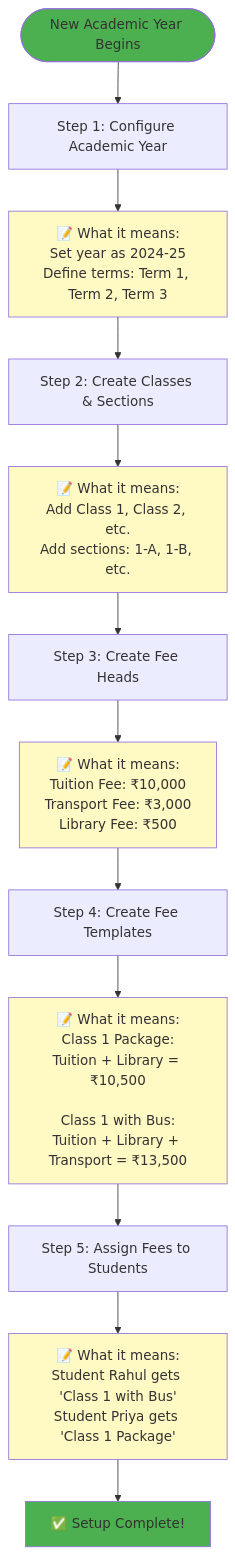
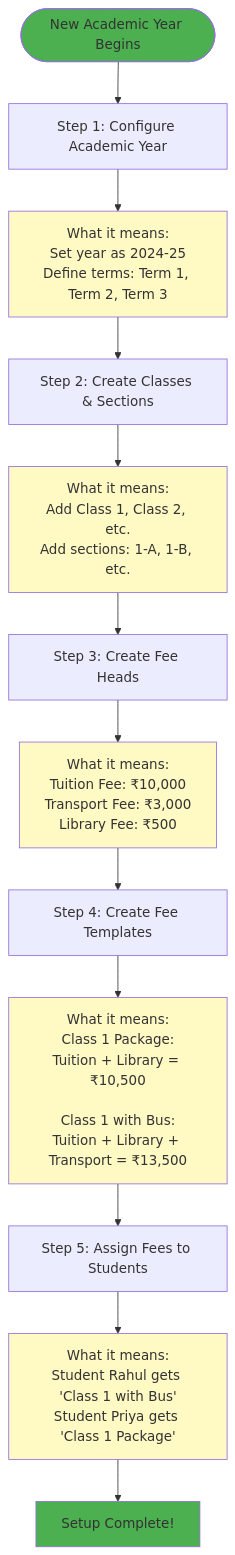
One commit to Armaan42/fee_management changed the first of 4 diagrams in docs/BEGINNERS_GUIDE.md. Above: the diagram before and after it, drawn with Mermaid. The commit also changed other lines of this file, not shown here.

````diff
--- a/docs/BEGINNERS_GUIDE.md
+++ b/docs/BEGINNERS_GUIDE.md
@@ -57,27 +57,27 @@
 ```mermaid
 flowchart TD
     Start([New Academic Year Begins]) --> Step1[Step 1: Configure Academic Year]
     
-    Step1 --> Explain1["📝 What it means:<br/>Set year as 2024-25<br/>Define terms: Term 1, Term 2, Term 3"]
+    Step1 --> Explain1[" What it means:<br/>Set year as 2024-25<br/>Define terms: Term 1, Term 2, Term 3"]
     Explain1 --> Step2[Step 2: Create Classes & Sections]
     
-    Step2 --> Explain2["📝 What it means:<br/>Add Class 1, Class 2, etc.<br/>Add sections: 1-A, 1-B, etc."]
+    Step2 --> Explain2[" What it means:<br/>Add Class 1, Class 2, etc.<br/>Add sections: 1-A, 1-B, etc."]
     Explain2 --> Step3[Step 3: Create Fee Heads]
     
-    Step3 --> Explain3["📝 What it means:<br/>Tuition Fee: ₹10,000<br/>Transport Fee: ₹3,000<br/>Library Fee: ₹500"]
+    Step3 --> Explain3[" What it means:<br/>Tuition Fee: ₹10,000<br/>Transport Fee: ₹3,000<br/>Library Fee: ₹500"]
     Explain3 --> Step4[Step 4: Create Fee Templates]
     
-    Step4 --> Explain4["📝 What it means:<br/>Class 1 Package:<br/>Tuition + Library = ₹10,500<br/><br/>Class 1 with Bus:<br/>Tuition + Library + Transport = ₹13,500"]
+    Step4 --> Explain4[" What it means:<br/>Class 1 Package:<br/>Tuition + Library = ₹10,500<br/><br/>Class 1 with Bus:<br/>Tuition + Library + Transport = ₹13,500"]
     Explain4 --> Step5[Step 5: Assign Fees to Students]
     
-    Step5 --> Explain5["📝 What it means:<br/>Student Rahul gets 'Class 1 with Bus'<br/>Student Priya gets 'Class 1 Package'"]
-    Explain5 --> SetupComplete[✅ Setup Complete!]
+    Step5 --> Explain5[" What it means:<br/>Student Rahul gets 'Class 1 with Bus'<br/>Student Priya gets 'Class 1 Package'"]
+    Explain5 --> SetupComplete[ Setup Complete!]
     
     style Start fill:#4CAF50
     style SetupComplete fill:#4CAF50
     style Explain1 fill:#FFF9C4
     style Explain2 fill:#FFF9C4
     style Explain3 fill:#FFF9C4
     style Explain4 fill:#FFF9C4
     style Explain5 fill:#FFF9C4
 ```
````
